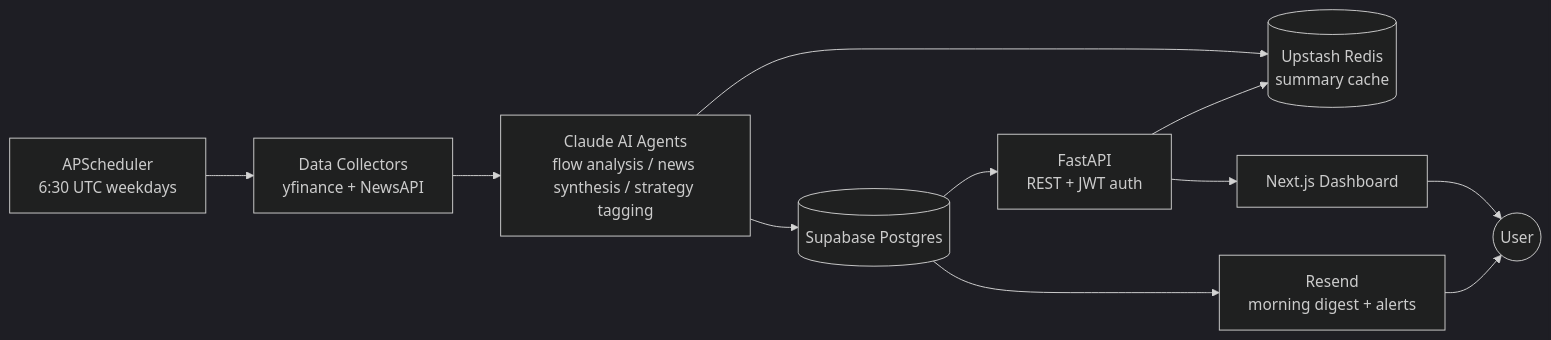
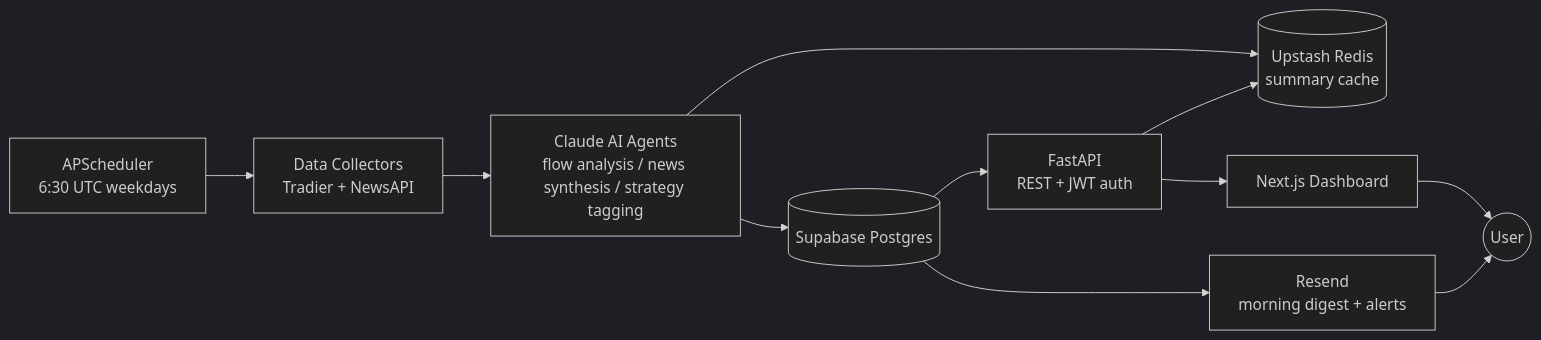
One commit to victorolatunji27/volterra-ai changed the diagram in README.md. Above: the diagram before and after it, drawn with Mermaid (dark theme). The commit also changed other lines of this file and 7 other files, not shown here.

First line of the commit message:
Swap market data to Tradier behind a provider switch (1d, code side)

````diff
--- a/README.md
+++ b/README.md
@@ -9,13 +9,13 @@
 ```mermaid
 flowchart LR
-    SCHED[APScheduler<br>6:30 UTC weekdays] --> COLLECT[Data Collectors<br>yfinance + NewsAPI]
+    SCHED[APScheduler<br>6:30 UTC weekdays] --> COLLECT[Data Collectors<br>Tradier + NewsAPI]
     COLLECT --> AI[Claude AI Agents<br>flow analysis / news synthesis / strategy tagging]
     AI --> REDIS[(Upstash Redis<br>summary cache)]
     AI --> PG[(Supabase Postgres)]
     PG --> API[FastAPI<br>REST + JWT auth]
     API --> REDIS
     API --> FE[Next.js Dashboard]
     FE --> USER((User))
     PG --> MAIL[Resend<br>morning digest + alerts]
     MAIL --> USER
 ```
````
